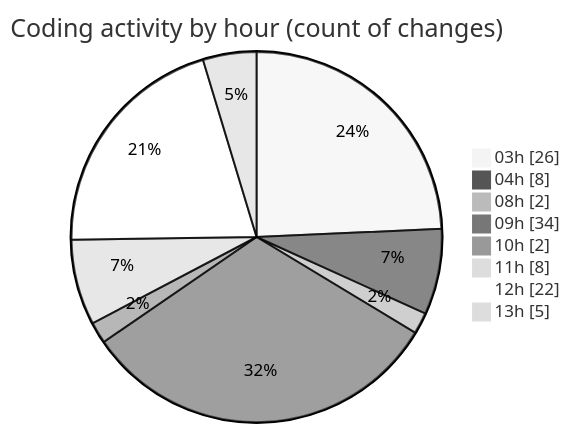
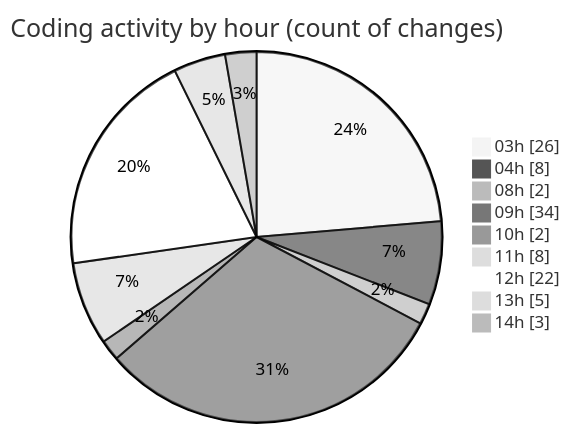
Before and after one commit to JenPaints/code-tracking: the second of 2 diagrams in 2025-06-20/modeljsondesigner/README.md, drawn with Mermaid (neutral theme). The commit also changed other lines of this file and 1 other file, not shown here.

````diff
--- a/2025-06-20/modeljsondesigner/README.md
+++ b/2025-06-20/modeljsondesigner/README.md
@@ -57,12 +57,13 @@
 ```mermaid
 pie showData
 title Coding activity by hour (count of changes)
 "03h" : 26
 "04h" : 8
 "08h" : 2
 "09h" : 34
 "10h" : 2
 "11h" : 8
 "12h" : 22
 "13h" : 5
+"14h" : 3
 ```
````
